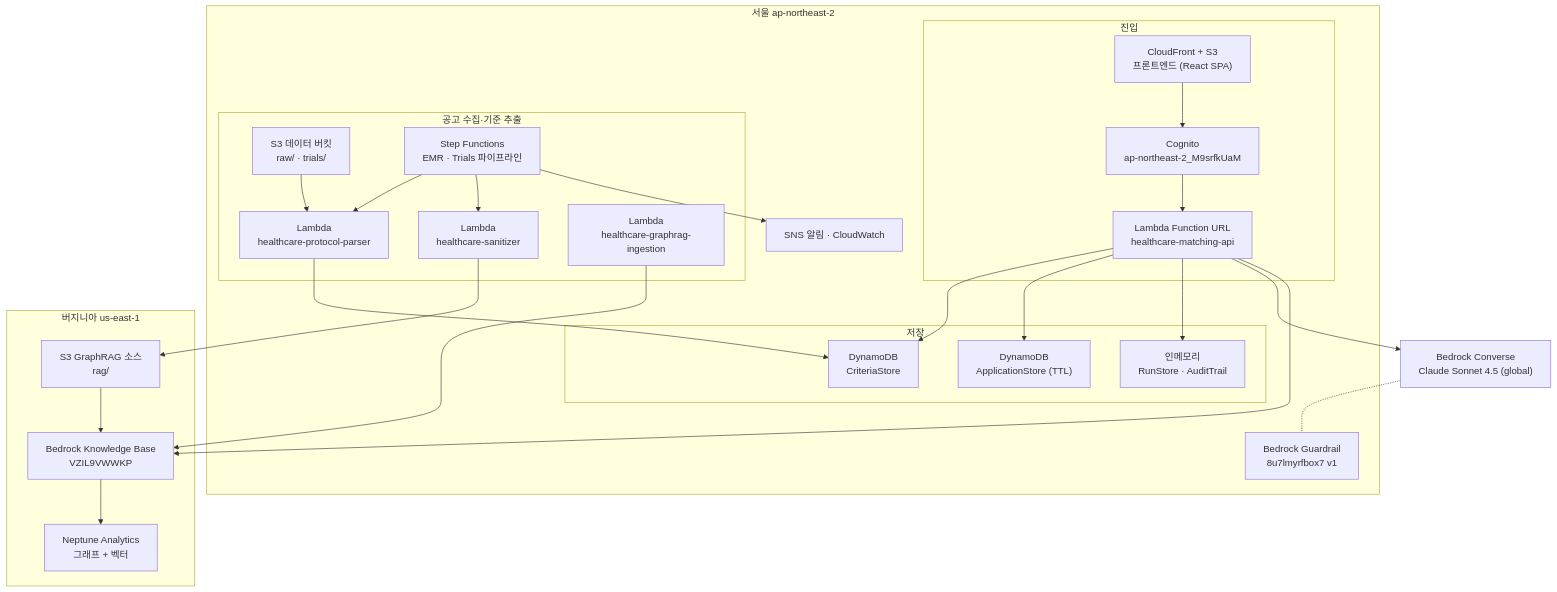
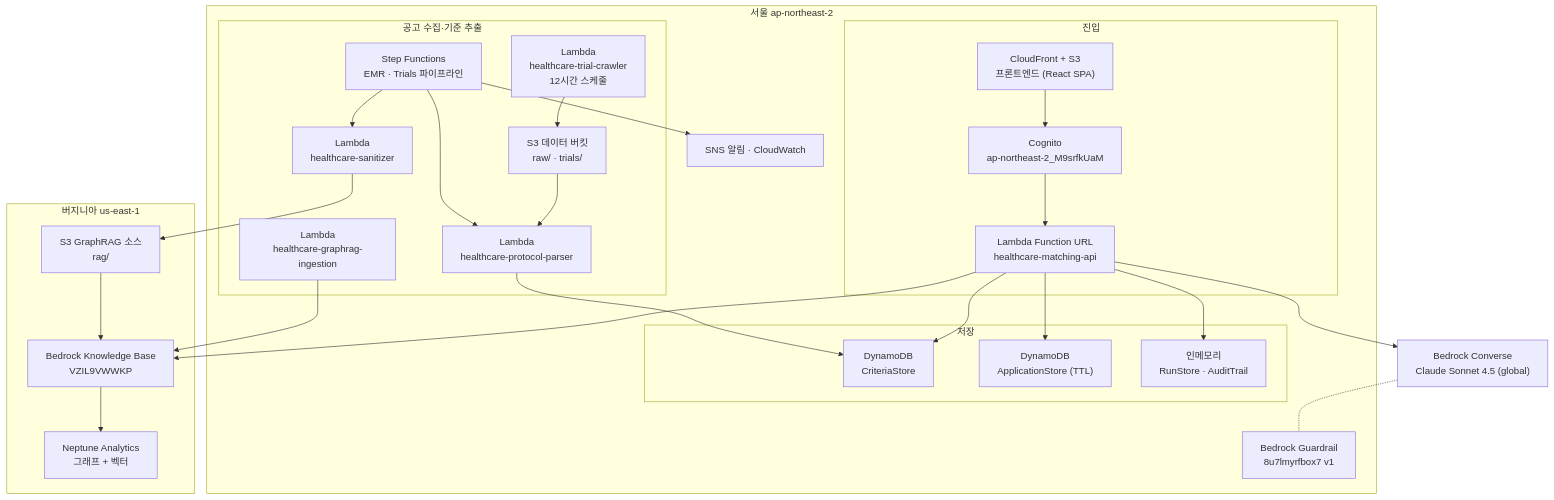
One commit to 1jaekim/AWS_Healthcare changed the diagram in doc/ARCHITECTURE_ASBUILT.md. Above: the diagram before and after it, drawn with Mermaid. The commit also changed other lines of this file and 5 other files, not shown here.

````diff
--- a/doc/ARCHITECTURE_ASBUILT.md
+++ b/doc/ARCHITECTURE_ASBUILT.md
@@ -34,51 +34,53 @@
 ```mermaid
 flowchart TD
     subgraph SEOUL["서울 ap-northeast-2"]
         subgraph EDGE["진입"]
             CF["CloudFront + S3<br/>프론트엔드 (React SPA)"]
             COG["Cognito<br/>ap-northeast-2_M9srfkUaM"]
             APIFN["Lambda Function URL<br/>healthcare-matching-api"]
         end
 
         subgraph INGEST["공고 수집·기준 추출"]
+            CRAWL["Lambda<br/>healthcare-trial-crawler<br/>12시간 스케줄"]
             S3RAW["S3 데이터 버킷<br/>raw/ · trials/"]
             PARSER["Lambda<br/>healthcare-protocol-parser"]
             SAN["Lambda<br/>healthcare-sanitizer"]
             SYNC["Lambda<br/>healthcare-graphrag-ingestion"]
             SFN["Step Functions<br/>EMR · Trials 파이프라인"]
         end
 
         subgraph STORE["저장"]
             CRIT["DynamoDB<br/>CriteriaStore"]
             APPS["DynamoDB<br/>ApplicationStore (TTL)"]
             MEM["인메모리<br/>RunStore · AuditTrail"]
         end
 
         GUARD["Bedrock Guardrail<br/>8u7lmyrfbox7 v1"]
         SNS["SNS 알림 · CloudWatch"]
     end
 
     subgraph VA["버지니아 us-east-1"]
         RAGS3["S3 GraphRAG 소스<br/>rag/"]
         KB["Bedrock Knowledge Base<br/>VZIL9VWWKP"]
         NEP["Neptune Analytics<br/>그래프 + 벡터"]
     end
 
     BR["Bedrock Converse<br/>Claude Sonnet 4.5 (global)"]
 
     CF --> COG --> APIFN
     APIFN --> CRIT
     APIFN --> APPS
     APIFN --> MEM
     APIFN --> BR
     APIFN --> KB
     BR -.- GUARD
 
+    CRAWL --> S3RAW
     S3RAW --> PARSER --> CRIT
     SFN --> PARSER
     SFN --> SAN
     SAN --> RAGS3
     SYNC --> KB
     RAGS3 --> KB --> NEP
     SFN --> SNS
 ```
````
